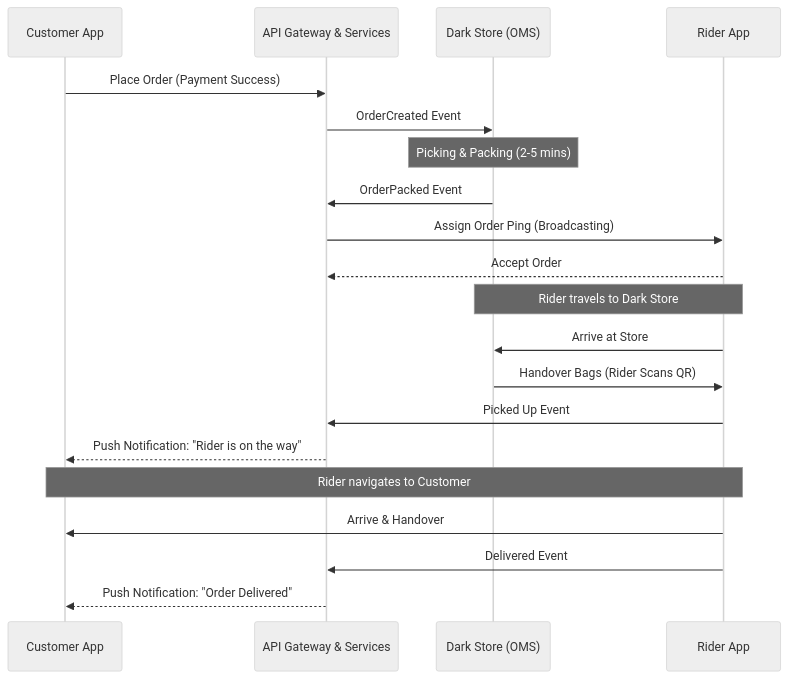
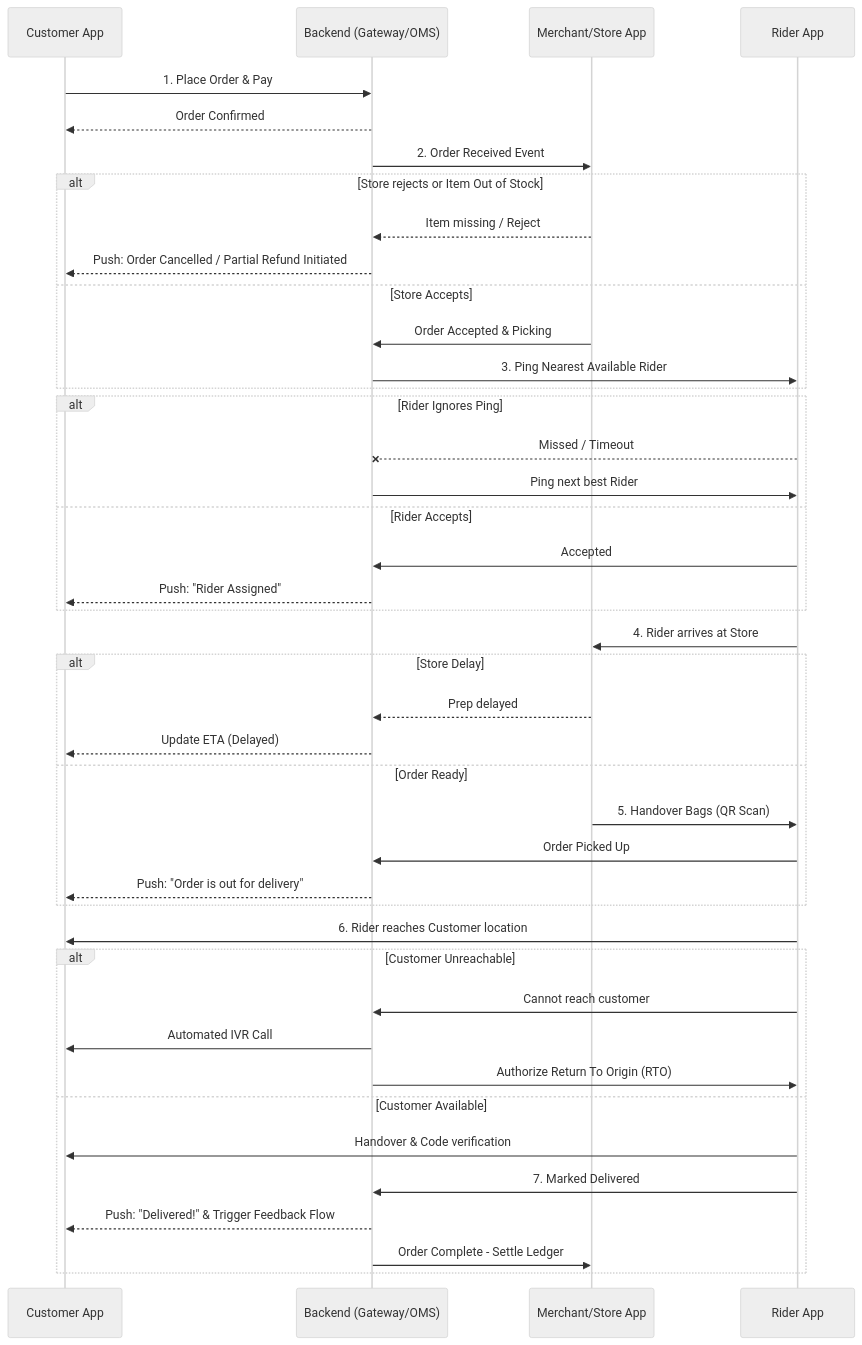
One commit to ShreyasDamase/Native-Android changed the fourth of 4 diagrams in Backend Development/Blinkit research/Blinkit Workflow Diagrams.md. Above: the diagram before and after it, drawn with Mermaid (neutral theme). The commit also changed other lines of this file and 23 other files, not shown here.

````diff
--- a/Backend Development/Blinkit research/Blinkit Workflow Diagrams.md
+++ b/Backend Development/Blinkit research/Blinkit Workflow Diagrams.md
@@ -124,29 +173,53 @@
 ```mermaid
 sequenceDiagram
-    participant Cust as Customer App
-    participant Auth as API Gateway & Services
-    participant DS as Dark Store (OMS)
-    participant RiderApp as Rider App
+    participant User as Customer App
+    participant API as Backend (Gateway/OMS)
+    participant Merch as Merchant/Store App
+    participant Rider as Rider App
+
+    User->>API: 1. Place Order & Pay
+    API-->>User: Order Confirmed
+    API->>Merch: 2. Order Received Event
     
-    Cust->>Auth: Place Order (Payment Success)
-    Auth->>DS: OrderCreated Event
+    %% Merchant Processing
+    alt Store rejects or Item Out of Stock
+        Merch-->>API: Item missing / Reject
+        API-->>User: Push: Order Cancelled / Partial Refund Initiated
+    else Store Accepts
+        Merch->>API: Order Accepted & Picking
+        API->>Rider: 3. Ping Nearest Available Rider
+    end
     
-    Note over DS: Picking & Packing (2-5 mins)
-    DS->>Auth: OrderPacked Event
+    %% Rider Assignment
+    alt Rider Ignores Ping
+        Rider--xAPI: Missed / Timeout
+        API->>Rider: Ping next best Rider
+    else Rider Accepts
+        Rider->>API: Accepted
+        API-->>User: Push: "Rider Assigned"
+    end
     
-    Auth->>RiderApp: Assign Order Ping (Broadcasting)
-    RiderApp-->>Auth: Accept Order
+    %% Store & Rider Synchronization
+    Rider->>Merch: 4. Rider arrives at Store
+    alt Store Delay
+        Merch-->>API: Prep delayed
+        API-->>User: Update ETA (Delayed)
+    else Order Ready
+        Merch->>Rider: 5. Handover Bags (QR Scan)
+        Rider->>API: Order Picked Up
+        API-->>User: Push: "Order is out for delivery"
+    end
     
-    Note over RiderApp,DS: Rider travels to Dark Store
-    RiderApp->>DS: Arrive at Store
-    DS->>RiderApp: Handover Bags (Rider Scans QR)
-    
-    RiderApp->>Auth: Picked Up Event
-    Auth-->>Cust: Push Notification: "Rider is on the way"
-    
-    Note over RiderApp,Cust: Rider navigates to Customer
-    RiderApp->>Cust: Arrive & Handover
-    
-    RiderApp->>Auth: Delivered Event
-    Auth-->>Cust: Push Notification: "Order Delivered"
+    %% Customer Delivery & Edge Case
+    Rider->>User: 6. Rider reaches Customer location
+    alt Customer Unreachable
+        Rider->>API: Cannot reach customer
+        API->>User: Automated IVR Call
+        API->>Rider: Authorize Return To Origin (RTO)
+    else Customer Available
+        Rider->>User: Handover & Code verification
+        Rider->>API: 7. Marked Delivered
+        API-->>User: Push: "Delivered!" & Trigger Feedback Flow
+        API->>Merch: Order Complete - Settle Ledger
+    end
 ```
````
